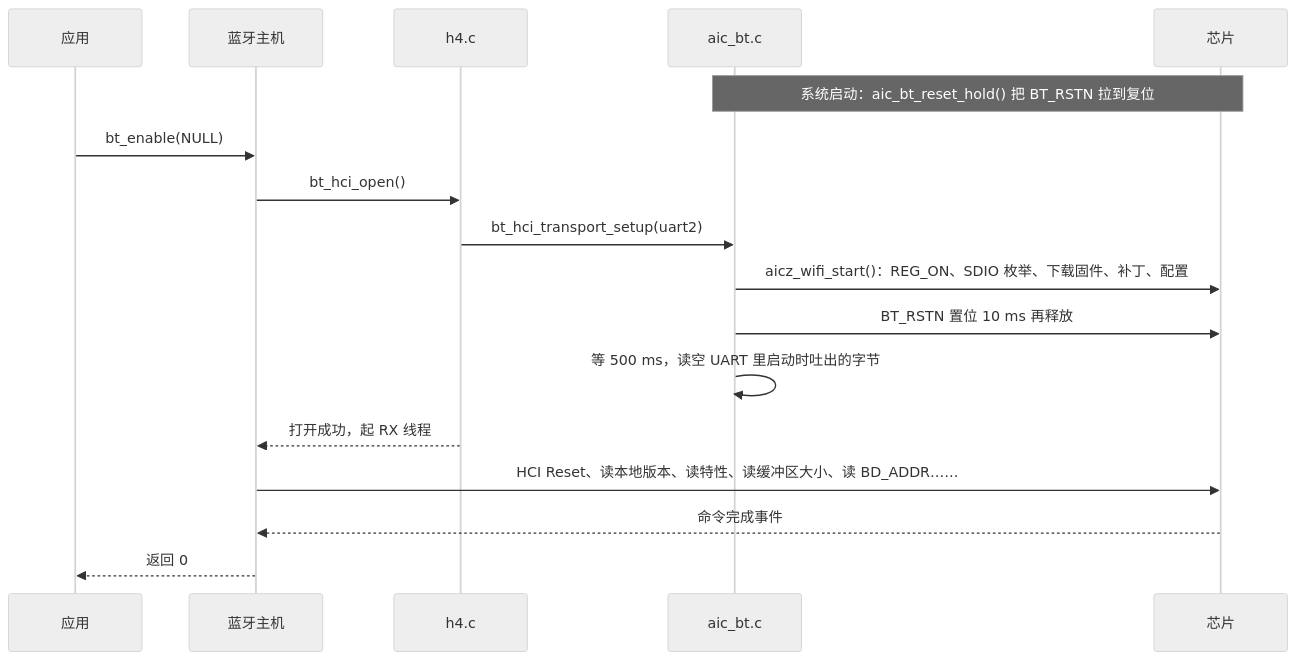
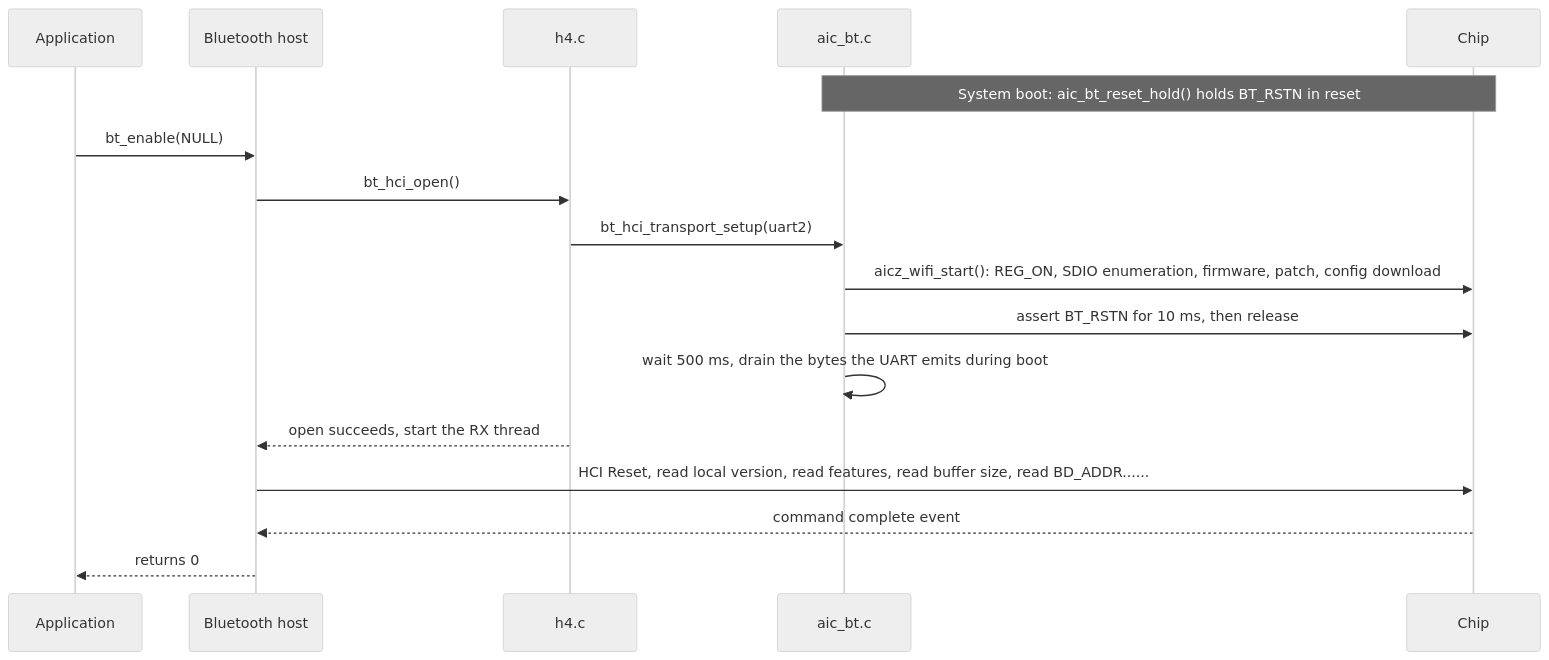
One commit to YuzukiHD/YuzukiNeko changed the second of 3 diagrams in docs/src/content/docs/dev/zephyr/components/aic8800-bt.md. Above: the diagram before and after it, drawn with Mermaid (neutral theme). The commit also changed other lines of this file and 216 other files, not shown here.

````diff
--- a/docs/src/content/docs/dev/zephyr/components/aic8800-bt.md
+++ b/docs/src/content/docs/dev/zephyr/components/aic8800-bt.md
@@ -44,19 +44,19 @@
 ```mermaid
 sequenceDiagram
-    participant A as 应用
-    participant H as 蓝牙主机
+    participant A as Application
+    participant H as Bluetooth host
     participant D as h4.c
     participant S as aic_bt.c
-    participant C as 芯片
-    Note over S,C: 系统启动：aic_bt_reset_hold() 把 BT_RSTN 拉到复位
+    participant C as Chip
+    Note over S,C: System boot: aic_bt_reset_hold() holds BT_RSTN in reset
     A->>H: bt_enable(NULL)
     H->>D: bt_hci_open()
     D->>S: bt_hci_transport_setup(uart2)
-    S->>C: aicz_wifi_start()：REG_ON、SDIO 枚举、下载固件、补丁、配置
-    S->>C: BT_RSTN 置位 10 ms 再释放
-    S->>S: 等 500 ms，读空 UART 里启动时吐出的字节
-    D-->>H: 打开成功，起 RX 线程
-    H->>C: HCI Reset、读本地版本、读特性、读缓冲区大小、读 BD_ADDR……
-    C-->>H: 命令完成事件
-    H-->>A: 返回 0
+    S->>C: aicz_wifi_start(): REG_ON, SDIO enumeration, firmware, patch, config download
+    S->>C: assert BT_RSTN for 10 ms, then release
+    S->>S: wait 500 ms, drain the bytes the UART emits during boot
+    D-->>H: open succeeds, start the RX thread
+    H->>C: HCI Reset, read local version, read features, read buffer size, read BD_ADDR......
+    C-->>H: command complete event
+    H-->>A: returns 0
 ```
````
